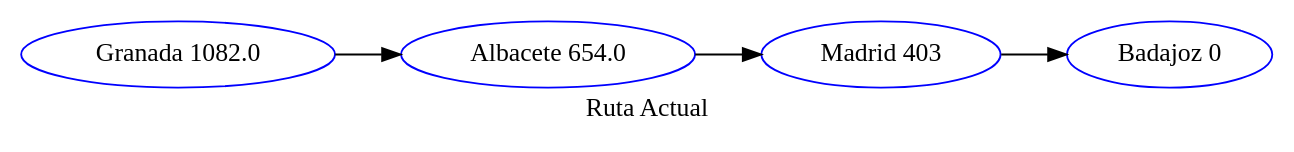
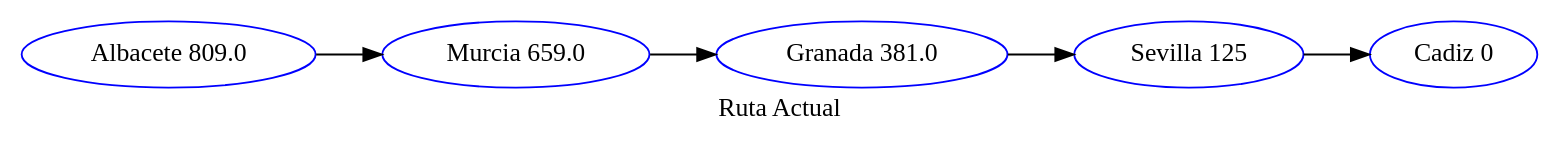
The diagram in rutaActual.dot (Rauqoz/EDD_Proyecto_2), drawn with Graphviz before and after one commit. The commit also changed 10 other files, not shown here.

```diff
--- a/rutaActual.dot
+++ b/rutaActual.dot
@@ -1,2 +1,2 @@
 digraph G { 
-node [style=circle, color = blue];rankdir=LR;"Badajoz 0";"Madrid 403" ->"Badajoz 0""Albacete 654.0" ->"Madrid 403""Granada 1082.0" ->"Albacete 654.0" label = "Ruta Actual";} 
+node [style=circle, color = blue];rankdir=LR;"Cadiz 0";"Sevilla 125" ->"Cadiz 0""Granada 381.0" ->"Sevilla 125""Murcia 659.0" ->"Granada 381.0""Albacete 809.0" ->"Murcia 659.0" label = "Ruta Actual";} 
```
